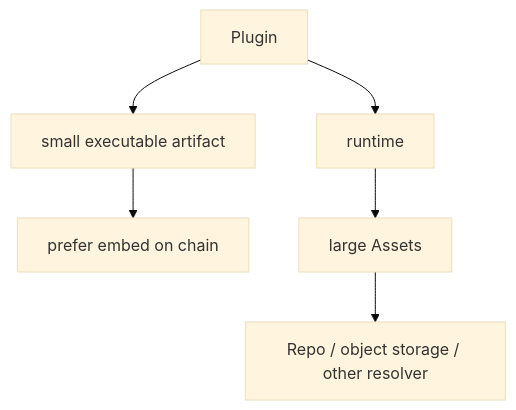
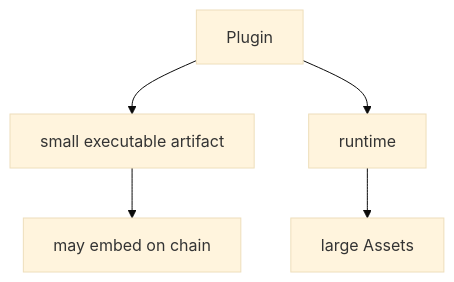
One commit to labourchain/core-plugins changed the third of 3 diagrams in docs/architecture.md. Above: the diagram before and after it, drawn with Mermaid (base theme). The commit also changed other lines of this file and 16 other files, not shown here.

Commit message:
refactor: slim core.plugin to single-artifact runtime verification

````diff
--- a/docs/architecture.md
+++ b/docs/architecture.md
@@ -147,10 +112,7 @@
 ```mermaid
 flowchart TB
-    P["Plugin"]
-    P --> A["small executable artifact"]
-    A --> Chain["prefer embed on chain"]
-
+    P["Plugin"] --> A["small executable artifact"]
+    A --> Chain["may embed on chain"]
     P --> Run["runtime"]
     Run --> Asset["large Assets"]
-    Asset --> Store["Repo / object storage / other resolver"]
 ```
````
